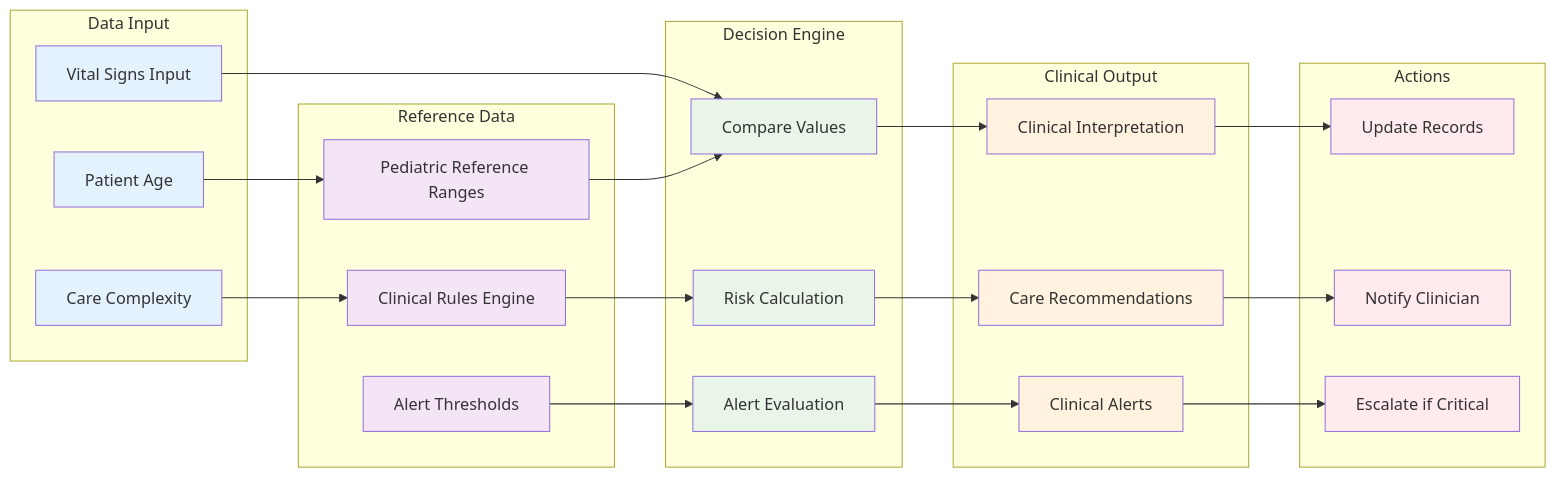
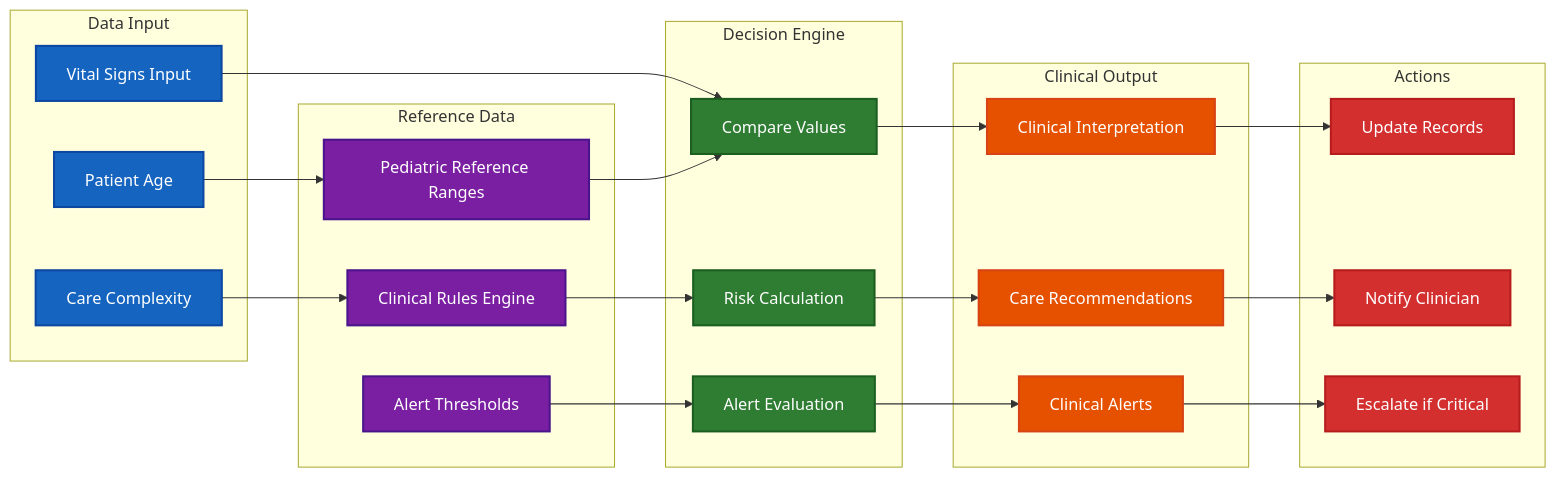
One commit to stevenscain/fhir-demo-node changed the third of 5 diagrams in docs/ARCHITECTURE_DIAGRAMS.md. Above: the diagram before and after it, drawn with Mermaid. The commit also changed other lines of this file and 2 other files, not shown here.

First line of the commit message:
style: Improve Mermaid diagram readability with high-contrast colors

````diff
--- a/docs/ARCHITECTURE_DIAGRAMS.md
+++ b/docs/ARCHITECTURE_DIAGRAMS.md
@@ -180,62 +180,62 @@
 ```mermaid
 graph LR
     subgraph "Data Input"
         VITAL[Vital Signs Input]
         AGE[Patient Age]
         COMPLEXITY[Care Complexity]
     end
     
     subgraph "Reference Data"
         PEDIATRIC_REF[Pediatric Reference Ranges]
         CLINICAL_RULES[Clinical Rules Engine]
         ALERT_THRESHOLDS[Alert Thresholds]
     end
     
     subgraph "Decision Engine"
         COMPARE[Compare Values]
         RISK_CALC[Risk Calculation]
         ALERT_EVAL[Alert Evaluation]
     end
     
     subgraph "Clinical Output"
         INTERPRETATION[Clinical Interpretation]
         RECOMMENDATIONS[Care Recommendations]
         ALERTS[Clinical Alerts]
     end
     
     subgraph "Actions"
         NOTIFY[Notify Clinician]
         DOCUMENT[Update Records]
         ESCALATE[Escalate if Critical]
     end
 
     %% Data flow
     VITAL --> COMPARE
     AGE --> PEDIATRIC_REF
     COMPLEXITY --> CLINICAL_RULES
     
     PEDIATRIC_REF --> COMPARE
     CLINICAL_RULES --> RISK_CALC
     ALERT_THRESHOLDS --> ALERT_EVAL
     
     COMPARE --> INTERPRETATION
     RISK_CALC --> RECOMMENDATIONS
     ALERT_EVAL --> ALERTS
     
     INTERPRETATION --> DOCUMENT
     RECOMMENDATIONS --> NOTIFY
     ALERTS --> ESCALATE
     
     %% Styling
-    classDef input fill:#e3f2fd
-    classDef reference fill:#f3e5f5
-    classDef engine fill:#e8f5e8
-    classDef output fill:#fff3e0
-    classDef action fill:#ffebee
+    classDef input fill:#1565C0,stroke:#0D47A1,stroke-width:2px,color:#FFFFFF
+    classDef reference fill:#7B1FA2,stroke:#4A148C,stroke-width:2px,color:#FFFFFF
+    classDef engine fill:#2E7D32,stroke:#1B5E20,stroke-width:2px,color:#FFFFFF
+    classDef output fill:#E65100,stroke:#D84315,stroke-width:2px,color:#FFFFFF
+    classDef action fill:#D32F2F,stroke:#B71C1C,stroke-width:2px,color:#FFFFFF
 
     class VITAL,AGE,COMPLEXITY input
     class PEDIATRIC_REF,CLINICAL_RULES,ALERT_THRESHOLDS reference
     class COMPARE,RISK_CALC,ALERT_EVAL engine
     class INTERPRETATION,RECOMMENDATIONS,ALERTS output
     class NOTIFY,DOCUMENT,ESCALATE action
 ```
````
